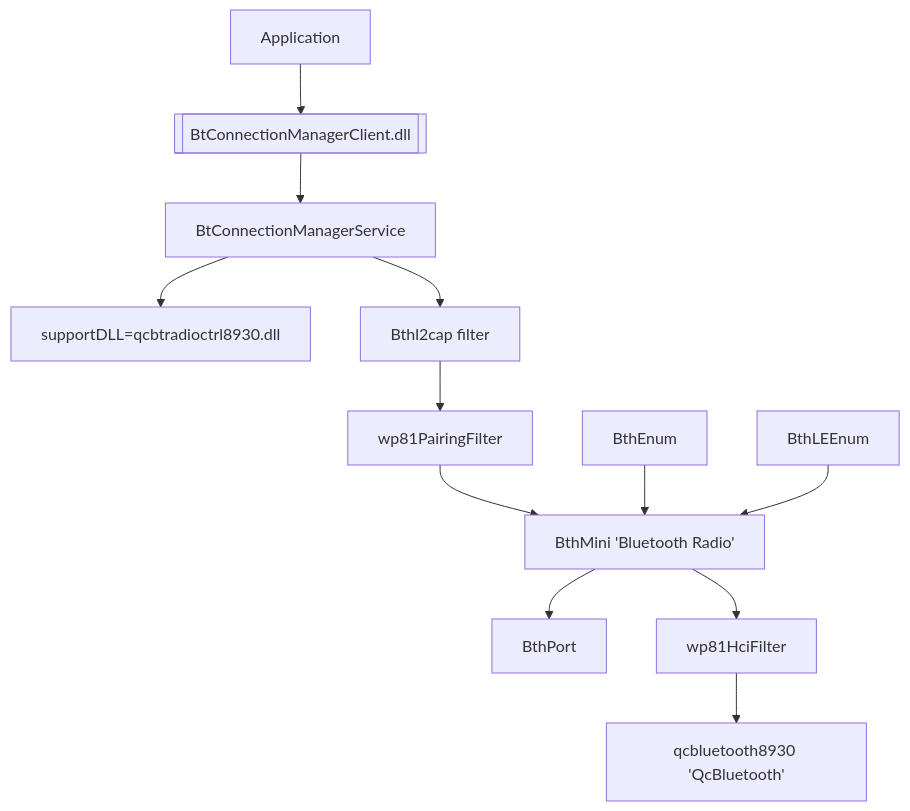
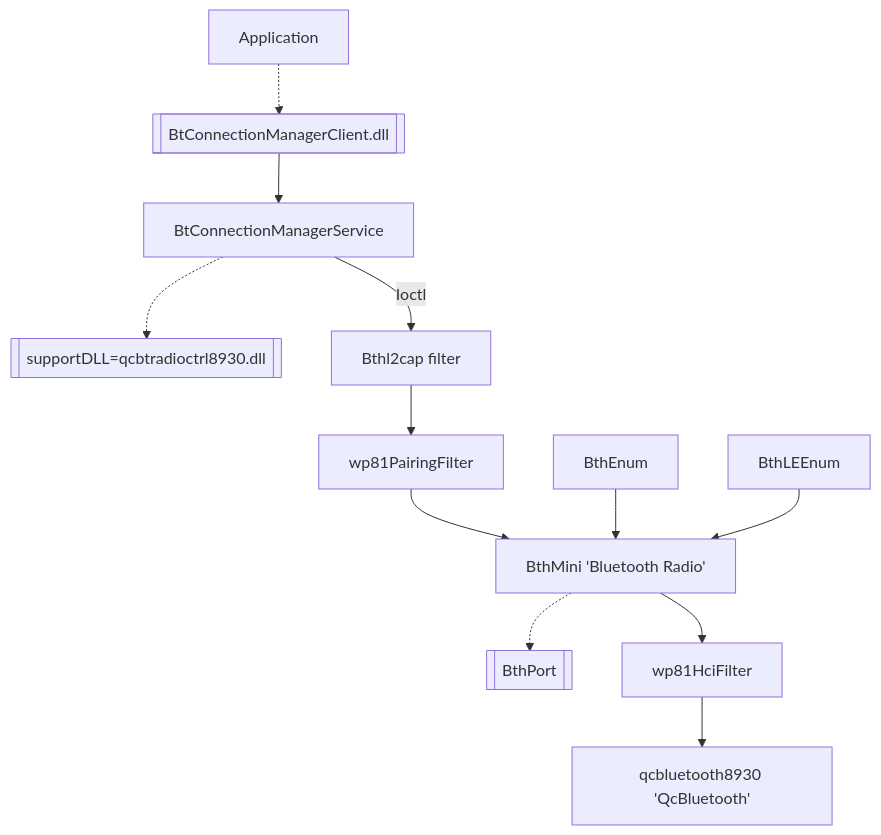
Before and after one commit to fredericGette/Lumia520: the diagram in content/bluetooth/README.md, drawn with Mermaid.

````diff
--- a/content/bluetooth/README.md
+++ b/content/bluetooth/README.md
@@ -3,14 +3,14 @@
 ```mermaid
 graph TD;
-    A@{ shape: rect, label: "Application"}-->B@{ shape: subproc, label: "BtConnectionManagerClient.dll"};
-    B-->C[BtConnectionManagerService];
-    C-->D[supportDLL=qcbtradioctrl8930.dll];
-    C-->E[Bthl2cap filter];
-    E-->F[wp81PairingFilter];
-    F-->G[BthMini 'Bluetooth Radio'];
-    G-->J[BthPort];
-    K[BthEnum]-->G;
-    L[BthLEEnum]-->G;
-    G-->H[wp81HciFilter];
-    H-->I[qcbluetooth8930 'QcBluetooth'];
+    A@{ shape: rect, label: "Application"}-.->B@{ shape: subproc, label: "BtConnectionManagerClient.dll"};
+    B-->C@{ shape: rect, label: "BtConnectionManagerService"};
+    C-.->D@{ shape: subproc, label: "supportDLL=qcbtradioctrl8930.dll"};
+    C-- Ioctl -->E@{ shape: rect, label: "Bthl2cap filter"};
+    E-->F@{ shape: rect, label: "wp81PairingFilter"};
+    F-->G@{ shape: rect, label: "BthMini 'Bluetooth Radio'"};
+    G-.->J@{ shape: subproc, label: "BthPort"};
+    K@{ shape: rect, label: "BthEnum"}-->G;
+    L@{ shape: rect, label: "BthLEEnum"}-->G;
+    G-->H@{ shape: rect, label: "wp81HciFilter"};
+    H-->I@{ shape: rect, label: "qcbluetooth8930 'QcBluetooth'"};
 ```
````
